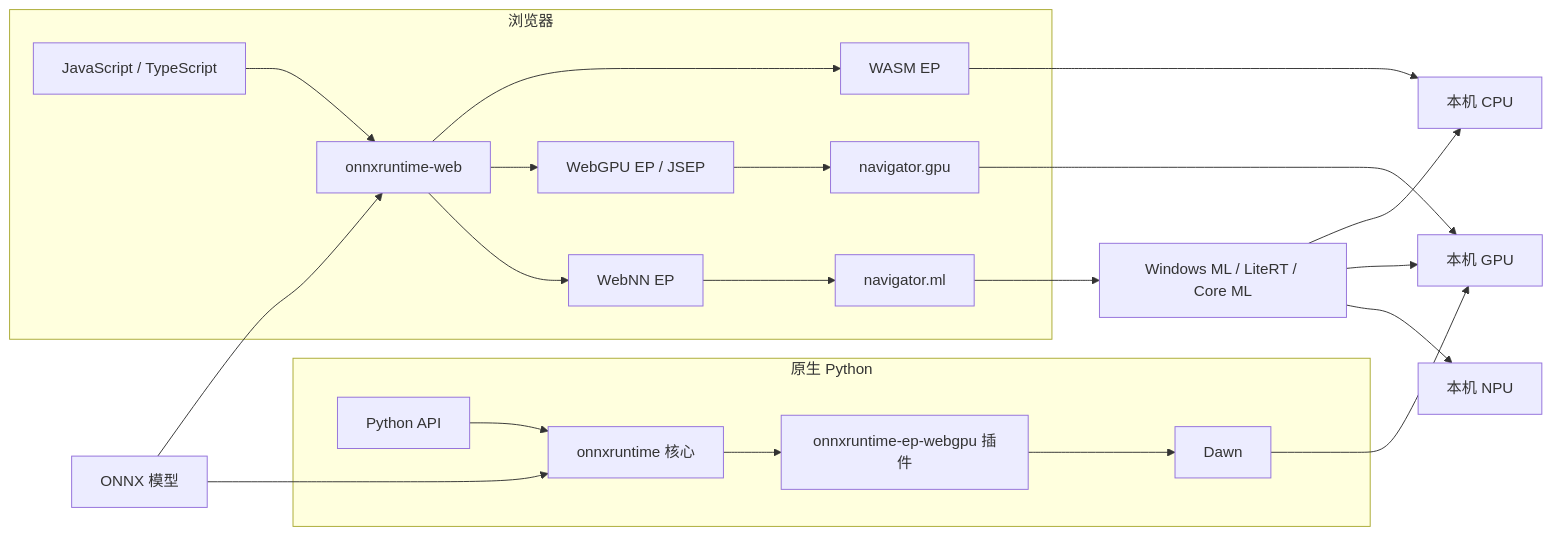
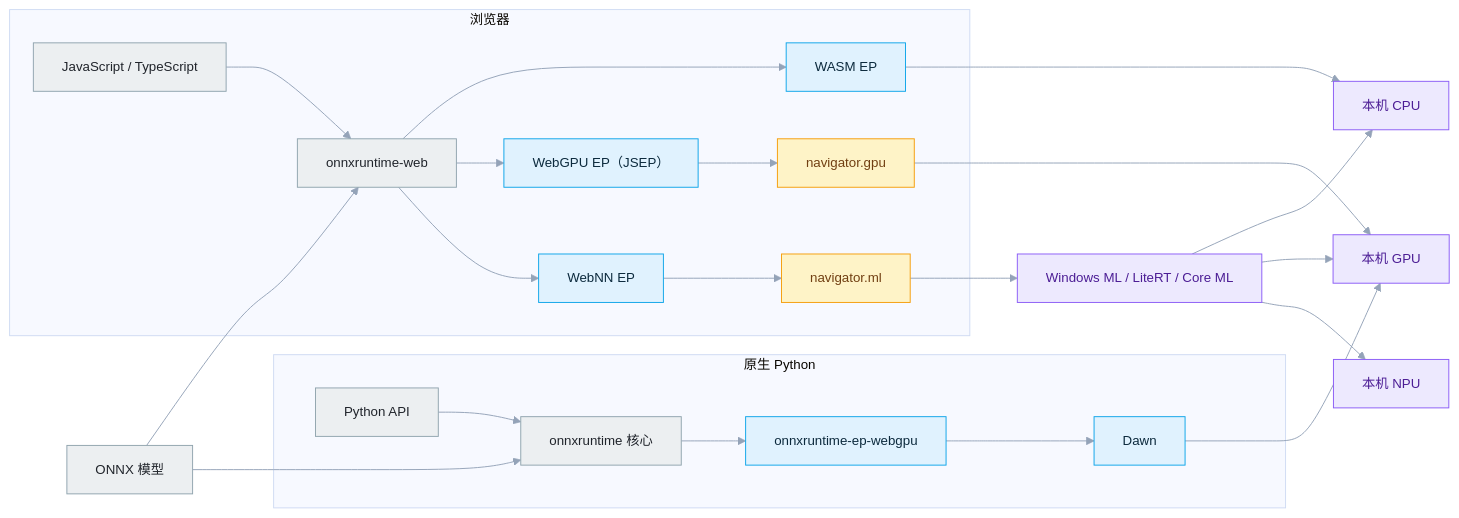
One commit to DakeQQ/Tutorial-ONNX-Runtime-Execution-Providers changed the second of 7 diagrams in WebGPU/README.zh-CN.md. Above: the diagram before and after it, drawn with Mermaid. The commit also changed other lines of this file and 15 other files, not shown here.

````diff
--- a/WebGPU/README.zh-CN.md
+++ b/WebGPU/README.zh-CN.md
@@ -54,35 +100,44 @@
 ```mermaid
+%%{init: {"theme":"base","themeVariables":{"fontSize":"14px","lineColor":"#94a3b8","edgeLabelBackground":"#e2e8f0","primaryTextColor":"#1e293b"}}}%%
 flowchart LR
-    M[ONNX 模型]
-    subgraph Browser[浏览器]
-      JS[JavaScript / TypeScript]
-      ORTW[onnxruntime-web]
-      WASM[WASM EP]
-      WGPU[WebGPU EP / JSEP]
-      WNN[WebNN EP]
-      NAVGPU[navigator.gpu]
-      NAVML[navigator.ml]
+    M["ONNX 模型"]
+    subgraph BR["浏览器"]
+      JS["JavaScript / TypeScript"]
+      ORTW["onnxruntime-web"]
+      WASM["WASM EP"]
+      WGPU["WebGPU EP（JSEP）"]
+      WNN["WebNN EP"]
+      NAVGPU["navigator.gpu"]
+      NAVML["navigator.ml"]
     end
-    subgraph NativePython[原生 Python]
-      PY[Python API]
-      ORT[onnxruntime 核心]
-      PLUGIN[onnxruntime-ep-webgpu 插件]
-      DAWN[Dawn]
+    subgraph NP["原生 Python"]
+      PY["Python API"]
+      ORT["onnxruntime 核心"]
+      PLUGIN["onnxruntime-ep-webgpu"]
+      DAWN["Dawn"]
     end
-    CPU[本机 CPU]
-    GPU[本机 GPU]
-    NPU[本机 NPU]
-    OSML[Windows ML / LiteRT / Core ML]
+    CPU["本机 CPU"]
+    GPU["本机 GPU"]
+    NPU["本机 NPU"]
+    OSML["Windows ML / LiteRT / Core ML"]
 
     M --> ORTW
     JS --> ORTW
     ORTW --> WASM --> CPU
     ORTW --> WGPU --> NAVGPU --> GPU
     ORTW --> WNN --> NAVML --> OSML
     OSML --> CPU
     OSML --> GPU
     OSML --> NPU
-
     M --> ORT
     PY --> ORT --> PLUGIN --> DAWN --> GPU
+
+    classDef leaf fill:#eceff1,stroke:#90a4ae,color:#20242b;
+    classDef step fill:#e0f2fe,stroke:#0ea5e9,color:#0c2a3d;
+    classDef dec fill:#fef3c7,stroke:#f59e0b,color:#713f12;
+    classDef dev fill:#ede9fe,stroke:#8b5cf6,color:#4c1d95;
+    class M,JS,ORTW,PY,ORT leaf;
+    class WASM,WGPU,WNN,PLUGIN,DAWN step;
+    class NAVGPU,NAVML dec;
+    class CPU,GPU,NPU,OSML dev;
 ```
````
